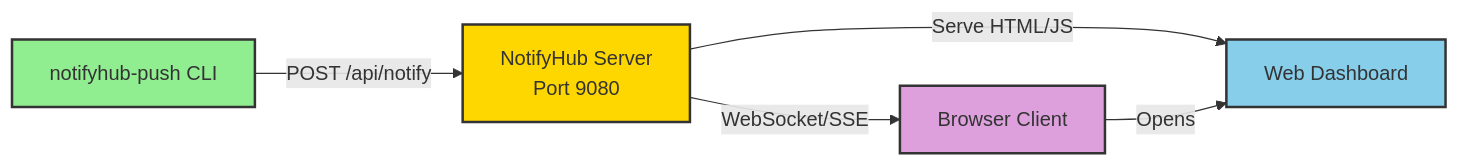
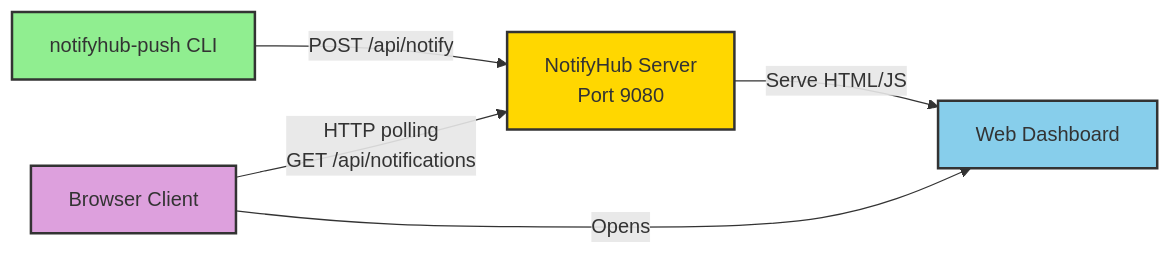
One commit to lamnguyenx/NotifyHub changed the second of 2 diagrams in README.md. Above: the diagram before and after it, drawn with Mermaid. The commit also changed other lines of this file and 12 other files, not shown here.

````diff
--- a/README.md
+++ b/README.md
@@ -173,17 +182,17 @@
 ```mermaid
 graph LR
   CLI[notifyhub-push CLI]
   Server[NotifyHub Server<br/>Port 9080]
   WebUI[Web Dashboard]
   Browser[Browser Client]
 
   CLI -->|POST /api/notify| Server
-  Server -->|WebSocket/SSE| Browser
+  Browser -->|HTTP polling<br/>GET /api/notifications| Server
   Server -->|Serve HTML/JS| WebUI
   Browser -->|Opens| WebUI
 
   style CLI fill:#90EE90,stroke:#333,stroke-width:2px
   style Server fill:#FFD700,stroke:#333,stroke-width:2px
   style WebUI fill:#87CEEB,stroke:#333,stroke-width:2px
   style Browser fill:#DDA0DD,stroke:#333,stroke-width:2px
 ```
````
